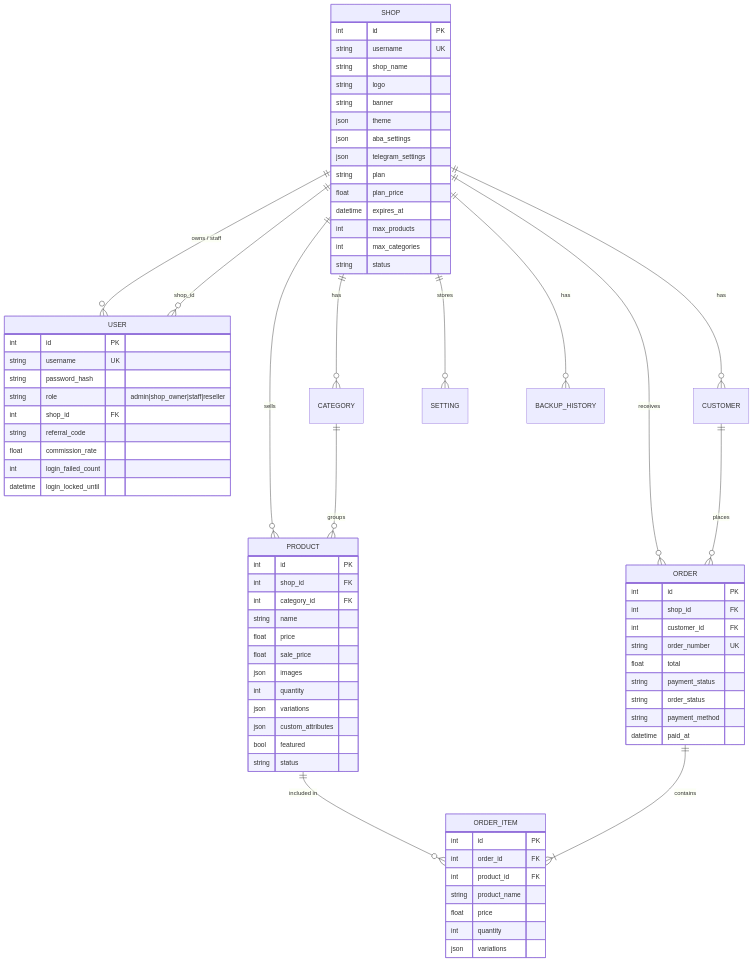
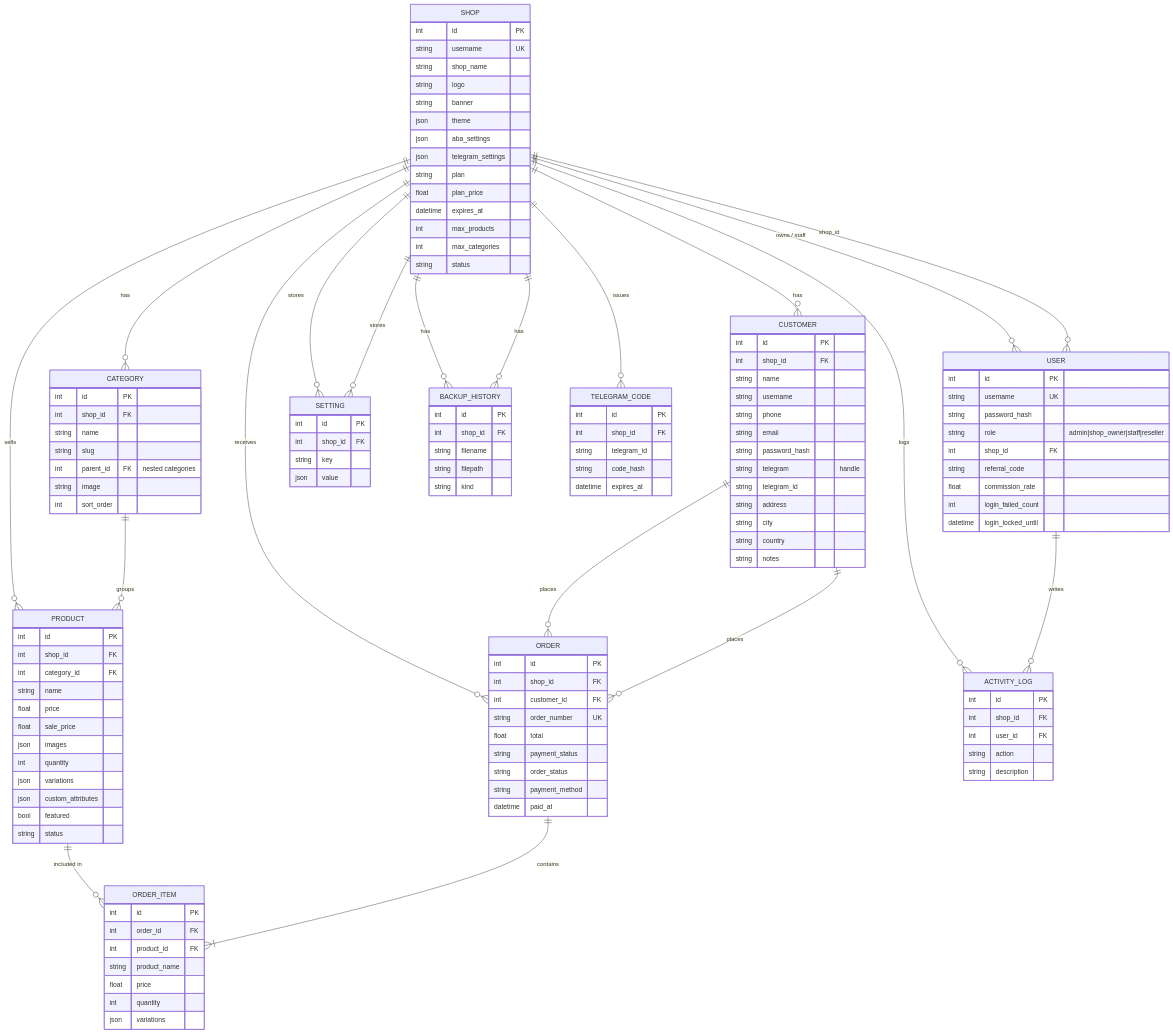
Before and after one commit to ThyMuoyhak/MiniShopCambodia-FullStackWeb: the second of 7 diagrams in README.md, drawn with Mermaid. The commit also changed other lines of this file, not shown here.

Commit message:
README: full data model (all entities/fields) + Telegram & mobile core flows

````diff
--- a/README.md
+++ b/README.md
@@ -268,4 +268,62 @@
         int quantity
         json variations
     }
+    SHOP ||--o{ SETTING : stores
+    SHOP ||--o{ BACKUP_HISTORY : has
+    SHOP ||--o{ ACTIVITY_LOG : logs
+    SHOP ||--o{ TELEGRAM_CODE : issues
+    USER ||--o{ ACTIVITY_LOG : writes
+    CUSTOMER ||--o{ ORDER : places
+
+    CATEGORY {
+        int id PK
+        int shop_id FK
+        string name
+        string slug
+        int parent_id FK "nested categories"
+        string image
+        int sort_order
+    }
+    CUSTOMER {
+        int id PK
+        int shop_id FK
+        string name
+        string username
+        string phone
+        string email
+        string password_hash
+        string telegram "handle"
+        string telegram_id
+        string address
+        string city
+        string country
+        string notes
+    }
+    SETTING {
+        int id PK
+        int shop_id FK
+        string key
+        json value
+    }
+    BACKUP_HISTORY {
+        int id PK
+        int shop_id FK
+        string filename
+        string filepath
+        string kind
+    }
+    ACTIVITY_LOG {
+        int id PK
+        int shop_id FK
+        int user_id FK
+        string action
+        string description
+    }
+    TELEGRAM_CODE {
+        int id PK
+        int shop_id FK
+        string telegram_id
+        string code_hash
+        datetime expires_at
+    }
 ```
````
